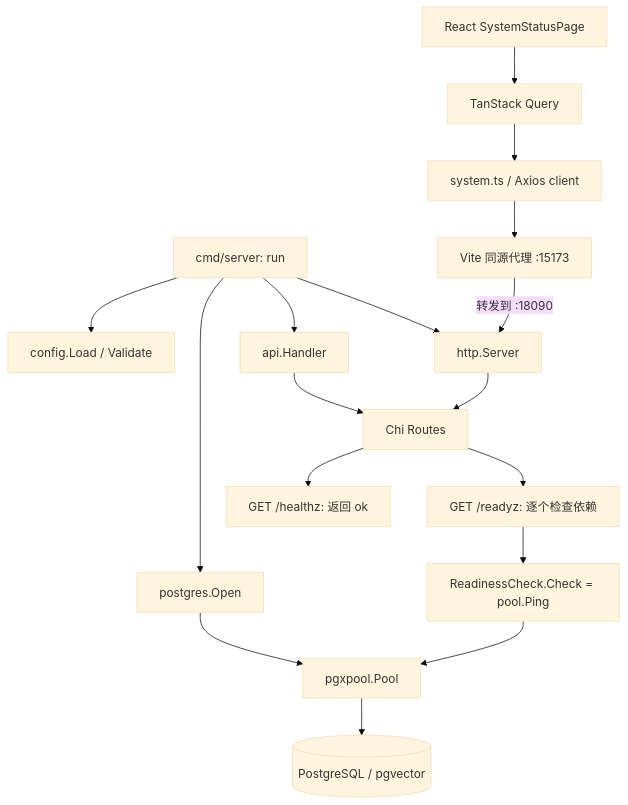
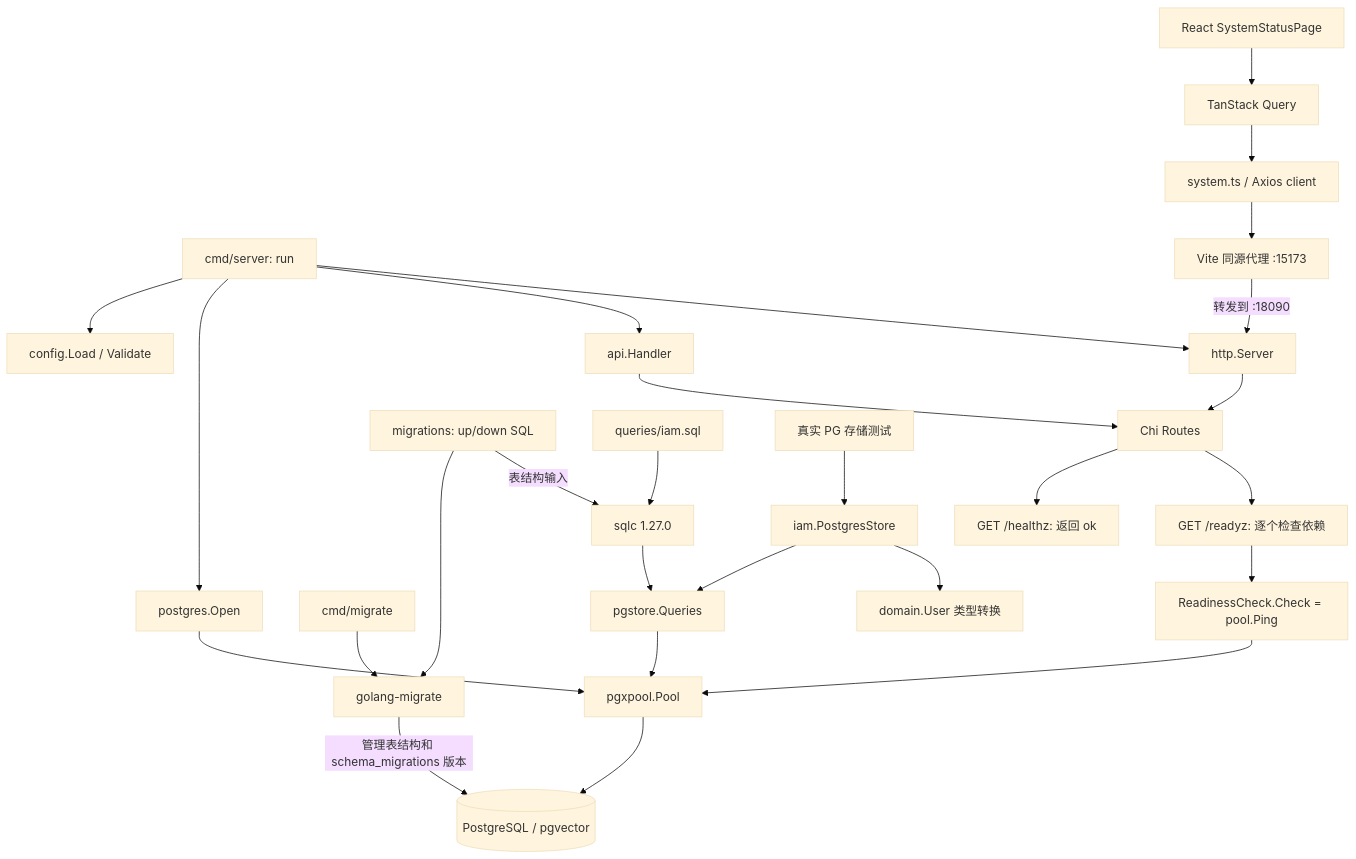
Before and after one commit to yz1qaq/Kbot: the diagram in my_kbot_final/README.md, drawn with Mermaid (base theme). The commit also changed other lines of this file and 32 other files, not shown here.

````diff
--- a/my_kbot_final/README.md
+++ b/my_kbot_final/README.md
@@ -30,19 +42,29 @@
 ```mermaid
 flowchart TD
     Main[cmd/server: run] --> Config[config.Load / Validate]
     Main --> Open[postgres.Open]
     Open --> Pool[pgxpool.Pool]
     Main --> Handler[api.Handler]
     Main --> Server[http.Server]
     Handler --> Router[Chi Routes]
     Server --> Router
     Pool --> DB[(PostgreSQL / pgvector)]
+    Migrate[cmd/migrate] --> MigrationLib[golang-migrate]
+    MigrationFiles[migrations: up/down SQL] --> MigrationLib
+    MigrationLib -->|管理表结构和 schema_migrations 版本| DB
+    UserSQL[queries/iam.sql] --> SQLC[sqlc 1.27.0]
+    MigrationFiles -->|表结构输入| SQLC
+    SQLC --> Queries[pgstore.Queries]
+    StoreTests[真实 PG 存储测试] --> Store[iam.PostgresStore]
+    Store --> Queries
+    Store --> Domain[domain.User 类型转换]
+    Queries --> Pool
     Router --> Health[GET /healthz: 返回 ok]
     Router --> Ready[GET /readyz: 逐个检查依赖]
     Ready --> Check[ReadinessCheck.Check = pool.Ping]
     Check --> Pool
     Page[React SystemStatusPage] --> Query[TanStack Query]
     Query --> Client[system.ts / Axios client]
     Client --> Proxy[Vite 同源代理 :15173]
     Proxy -->|转发到 :18090| Server
 ```
````
